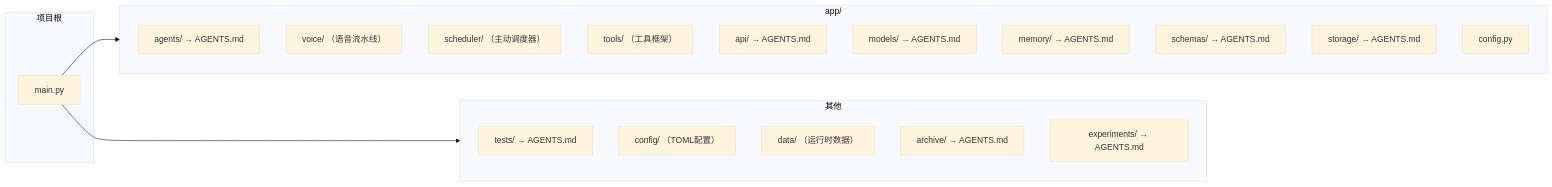
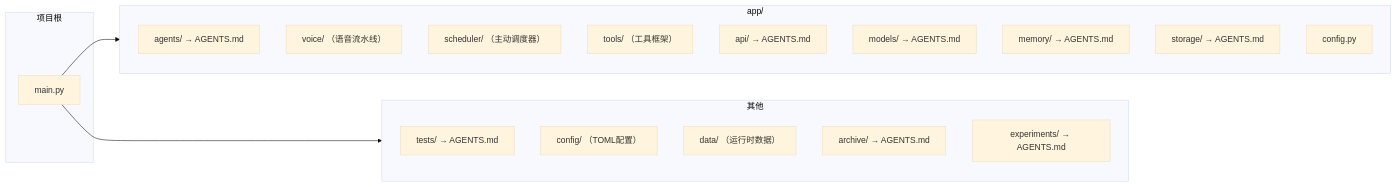
The third of 3 diagrams in AGENTS.md (MiyakoMeow/DrivePal), drawn with Mermaid (base theme) before and after one commit. The commit also changed other lines of this file and 13 other files, not shown here.

First line of the commit message:
docs: restructure AGENTS.md — standard template, exception dedup, merge app/schemas (#214)

````diff
--- a/AGENTS.md
+++ b/AGENTS.md
@@ -115,27 +115,26 @@
 ```mermaid
 flowchart LR
     subgraph Root["项目根"]
         M["main.py"]
     end
     subgraph App["app/"]
         A1["agents/ → AGENTS.md"]
         A2["voice/ （语音流水线）"]
         A3["scheduler/ （主动调度器）"]
         A4["tools/ （工具框架）"]
         A5["api/ → AGENTS.md"]
         A6["models/ → AGENTS.md"]
         A7["memory/ → AGENTS.md"]
-        A8["schemas/ → AGENTS.md"]
         A9["storage/ → AGENTS.md"]
         AC["config.py"]
     end
     subgraph Other["其他"]
         T["tests/ → AGENTS.md"]
         C["config/ （TOML配置）"]
         D["data/ （运行时数据）"]
         AR["archive/ → AGENTS.md"]
         E["experiments/ → AGENTS.md"]
     end
     M --> App
     M --> Other
 ```
````
